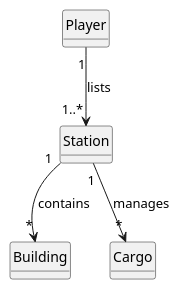
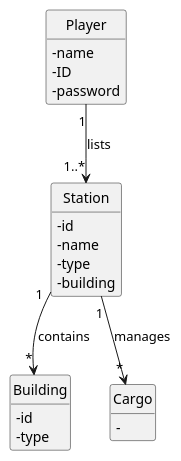
One commit to ivasduarte/all-aboard changed the diagram in docs/sprint1/us007/02.analysis/puml/us007-domain-model.puml. Above: the diagram before and after it, drawn with PlantUML. The commit also changed 1 other file, not shown here.

```diff
--- a/docs/sprint1/us007/02.analysis/puml/us007-domain-model.puml
+++ b/docs/sprint1/us007/02.analysis/puml/us007-domain-model.puml
@@ -1,24 +1,38 @@
 @startuml
 skinparam monochrome true
 skinparam packageStyle rectangle
 skinparam shadowing false
 
 
 skinparam classAttributeIconSize 0
 
 hide circle
 hide methods
 
 class Player {
-
+    - name
+    - ID
+    - password
 }
 
 class Station {
+    - id
+    - name
+    - type
+    - building
+}
 
+class Building {
+    - id
+    - type
+}
+
+class Cargo {
+    -
 }
 
 Player "1" --> "1..*" Station : lists
 Station "1" --> "*" Building : contains
 Station "1" --> "*" Cargo : manages
 
 @enduml
```
